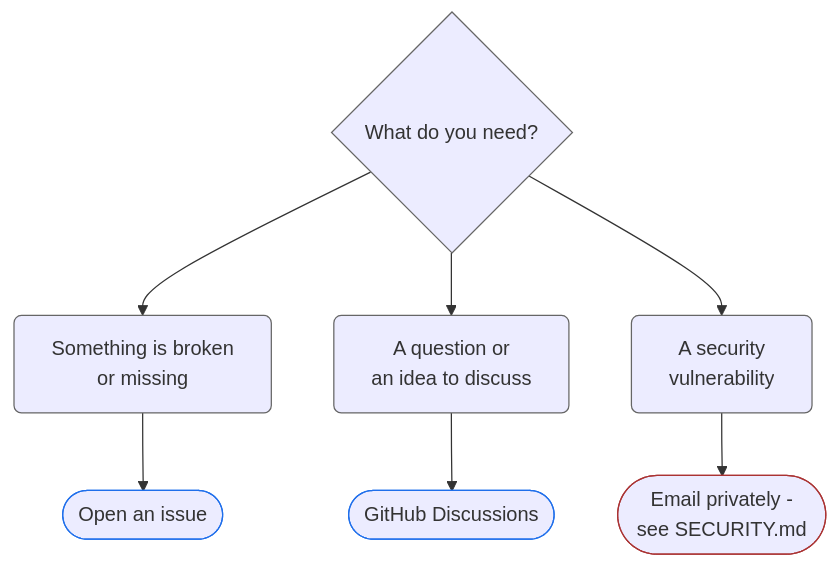
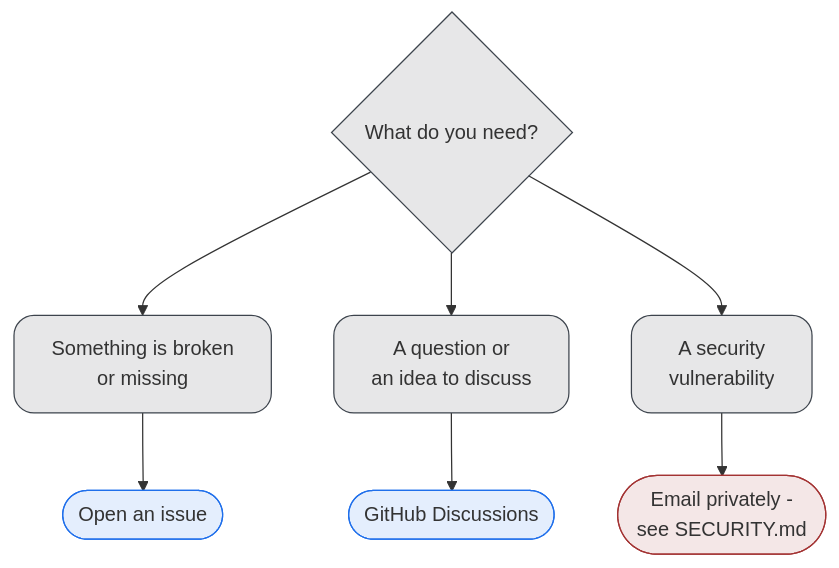
The diagram in SUPPORT.md (nykonhrytsyshyn/rhumb), drawn with Mermaid before and after one commit. The commit also changed 4 other files, not shown here.

Commit message:
[ci-skip] Update diagram styles in documentation

````diff
--- a/SUPPORT.md
+++ b/SUPPORT.md
@@ -42,17 +42,17 @@
 ```mermaid
 flowchart TD
   A{"What do you need?"} --> B["Something is broken<br/>or missing"]
   A --> C["A question or<br/>an idea to discuss"]
   A --> D["A security<br/>vulnerability"]
   B --> E(["Open an issue"])
   C --> F(["GitHub Discussions"])
   D --> G(["Email privately -<br/>see SECURITY.md"])
 
-  classDef step stroke:#666, rx:6, ry:6
-  classDef bad  stroke:#a33
-  classDef good stroke:#1f6feb
+  classDef step filter:none, fill:#39363f1e, stroke:#3d444d, rx:16, ry:16
+  classDef bad  filter:none, fill:#a333331e, stroke:#a33333
+  classDef good filter:none, fill:#1f6feb1e, stroke:#1f6feb
 
   class A,B,C,D step
   class E,F good
   class G bad
 ```
````
